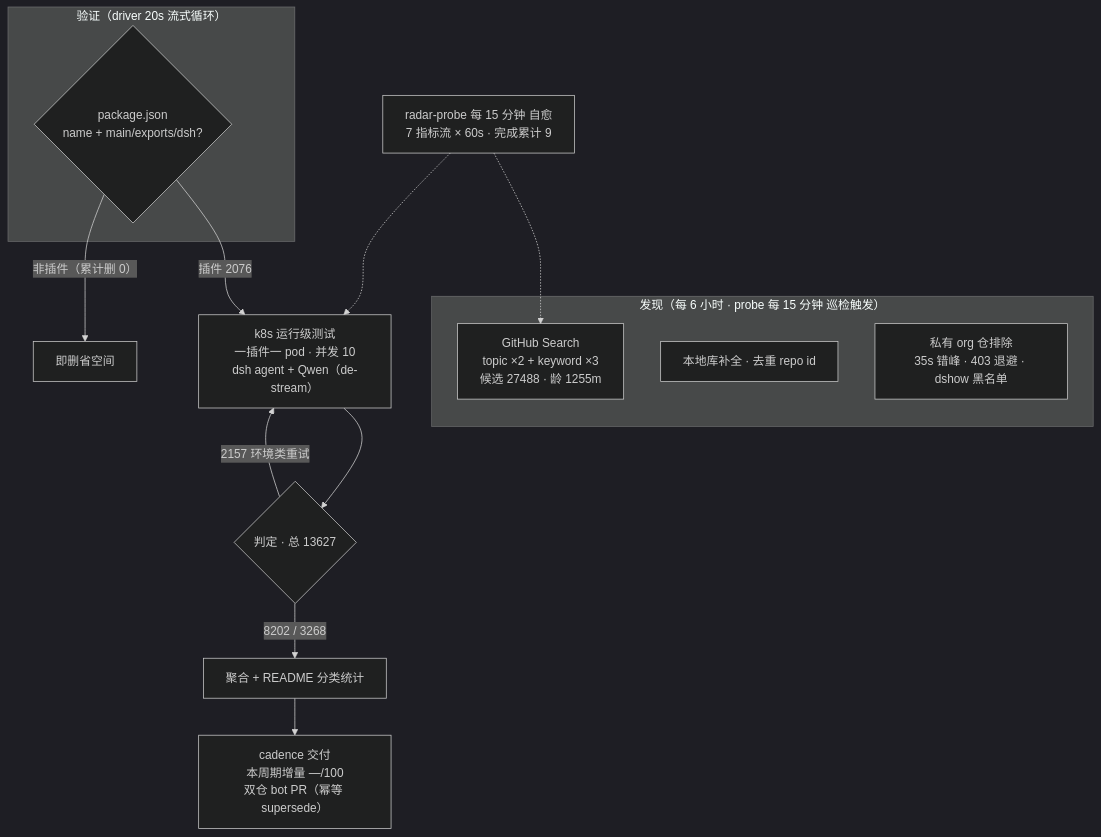
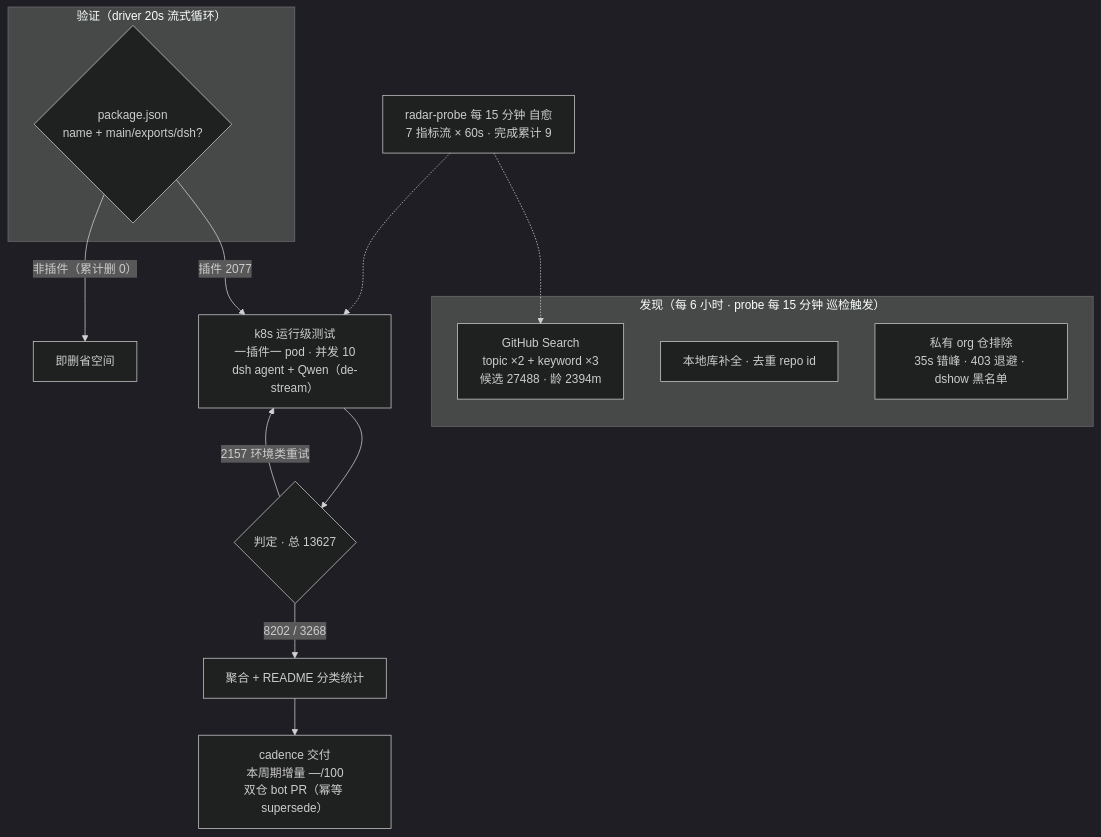
Before and after one commit to Zhidao-Lab-OSS/awesome-dsh-plugins: the diagram in README.md, drawn with Mermaid (dark theme). The commit also changed other lines of this file and 1 other file, not shown here.

````diff
--- a/README.md
+++ b/README.md
@@ -54,20 +54,20 @@
 ```mermaid
 flowchart TB
     subgraph Discovery["发现（每 6 小时 · probe 每 15 分钟 巡检触发）"]
-        A1["GitHub Search<br/>topic ×2 + keyword ×3<br/>候选 27488 · 龄 1255m"]
+        A1["GitHub Search<br/>topic ×2 + keyword ×3<br/>候选 27488 · 龄 2394m"]
         A2["本地库补全 · 去重 repo id"]
         A3["私有 org 仓排除<br/>35s 错峰 · 403 退避 · dshow 黑名单"]
     end
     subgraph Validation["验证（driver 20s 流式循环）"]
         B1{"package.json<br/>name + main/exports/dsh?"}
     end
-    B1 -->|"插件 2076"| C1["k8s 运行级测试<br/>一插件一 pod · 并发 10<br/>dsh agent + Qwen（de-stream）"]
+    B1 -->|"插件 2077"| C1["k8s 运行级测试<br/>一插件一 pod · 并发 10<br/>dsh agent + Qwen（de-stream）"]
     B1 -->|"非插件（累计删 0）"| B3["即删省空间"]
     C1 --> D1{"判定 · 总 13627"}
     D1 -->|"8202 / 3268"| E1["聚合 + README 分类统计"]
     D1 -->|"2157 环境类重试"| C1
     E1 --> E2["cadence 交付<br/>本周期增量 —/100<br/>双仓 bot PR（幂等 supersede）"]
     M["radar-probe 每 15 分钟 自愈<br/>7 指标流 × 60s · 完成累计 9"]
     M -.-> A1
     M -.-> C1
 ```
````
